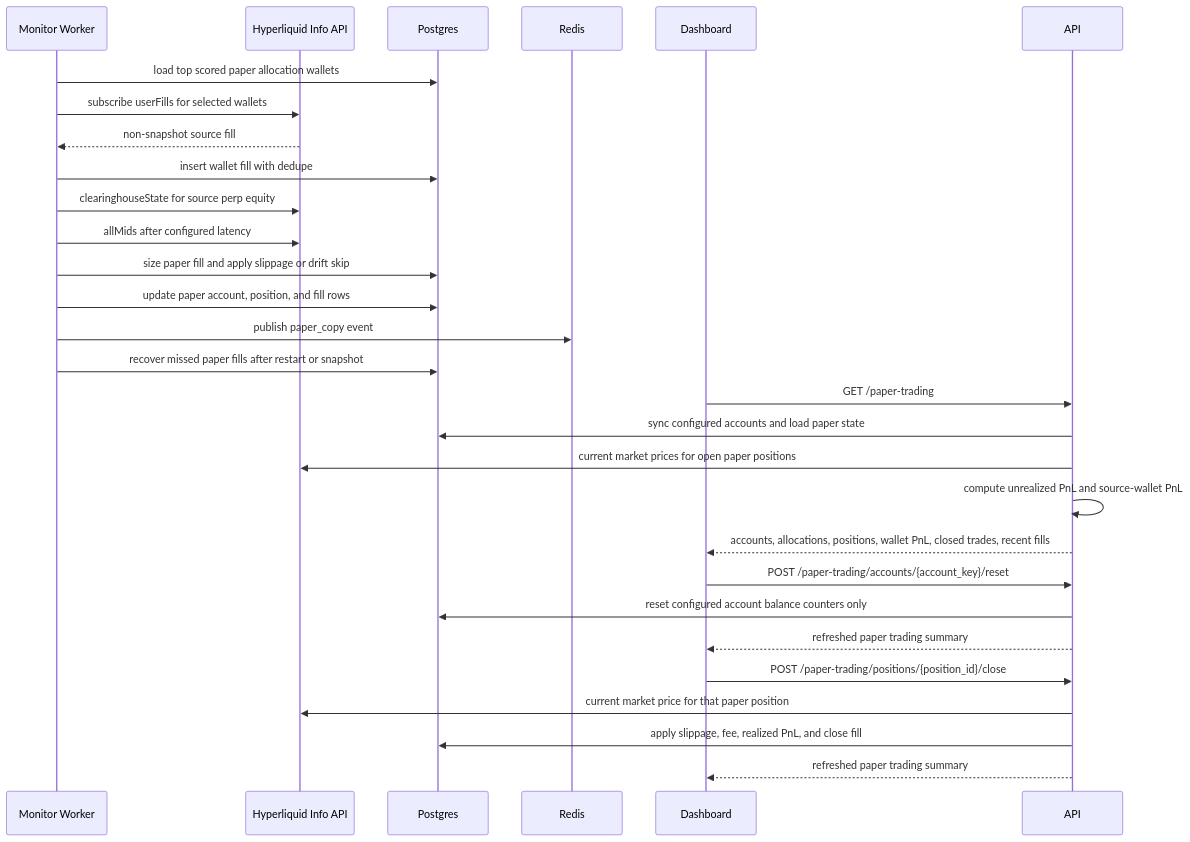
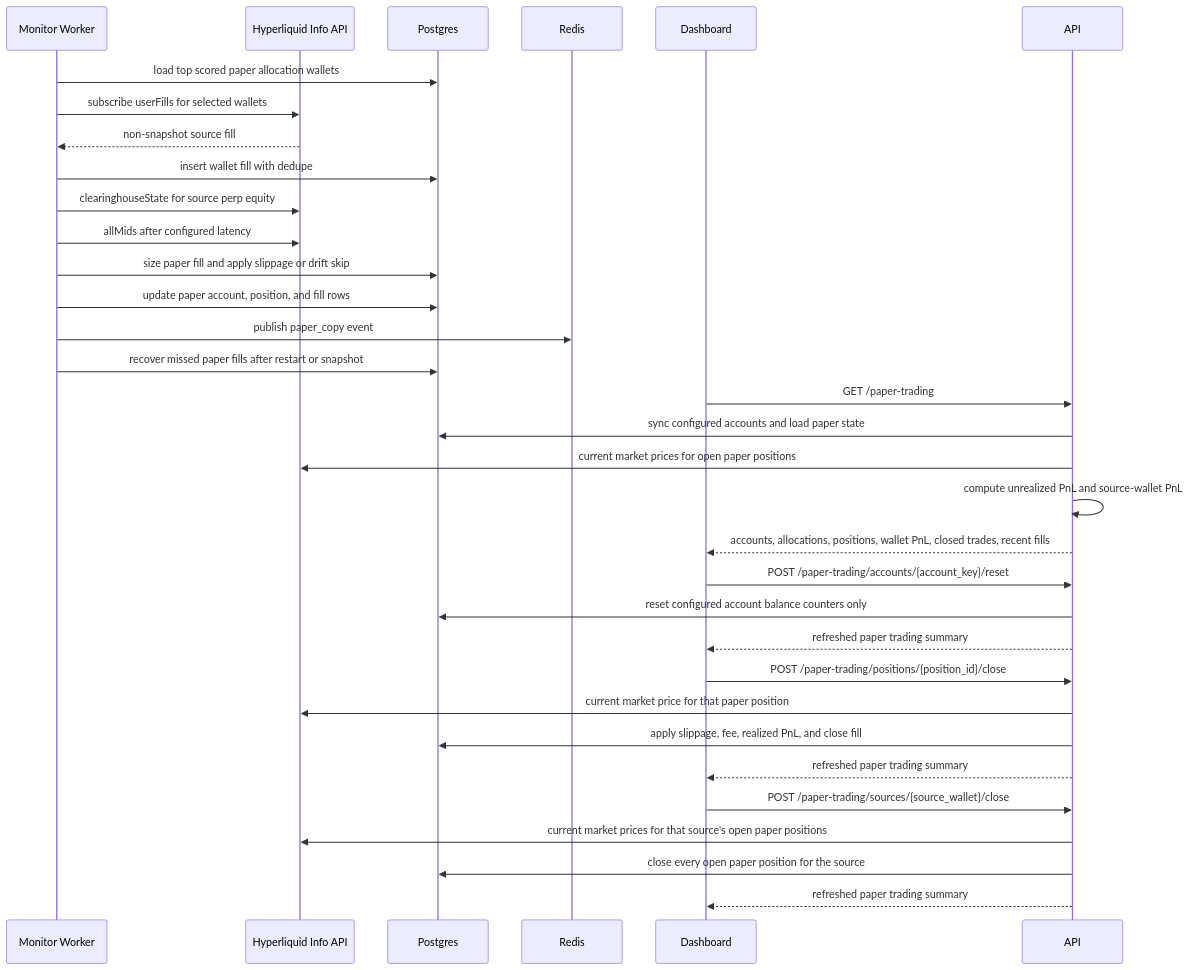
The tenth of 10 diagrams in docs/architecture.md (DrottPoker/copytrading-agent), drawn with Mermaid before and after one commit. The commit also changed other lines of this file and 10 other files, not shown here.

````diff
--- a/docs/architecture.md
+++ b/docs/architecture.md
@@ -479,31 +479,35 @@
 ```mermaid
 sequenceDiagram
   participant Worker as Monitor Worker
   participant HL as Hyperliquid Info API
   participant DB as Postgres
   participant Redis as Redis
   participant UI as Dashboard
 
   Worker->>DB: load top scored paper allocation wallets
   Worker->>HL: subscribe userFills for selected wallets
   HL-->>Worker: non-snapshot source fill
   Worker->>DB: insert wallet fill with dedupe
   Worker->>HL: clearinghouseState for source perp equity
   Worker->>HL: allMids after configured latency
   Worker->>DB: size paper fill and apply slippage or drift skip
   Worker->>DB: update paper account, position, and fill rows
   Worker->>Redis: publish paper_copy event
   Worker->>DB: recover missed paper fills after restart or snapshot
   UI->>API: GET /paper-trading
   API->>DB: sync configured accounts and load paper state
   API->>HL: current market prices for open paper positions
   API->>API: compute unrealized PnL and source-wallet PnL
   API-->>UI: accounts, allocations, positions, wallet PnL, closed trades, recent fills
   UI->>API: POST /paper-trading/accounts/{account_key}/reset
   API->>DB: reset configured account balance counters only
   API-->>UI: refreshed paper trading summary
   UI->>API: POST /paper-trading/positions/{position_id}/close
   API->>HL: current market price for that paper position
   API->>DB: apply slippage, fee, realized PnL, and close fill
   API-->>UI: refreshed paper trading summary
+  UI->>API: POST /paper-trading/sources/{source_wallet}/close
+  API->>HL: current market prices for that source's open paper positions
+  API->>DB: close every open paper position for the source
+  API-->>UI: refreshed paper trading summary
 ```
````
